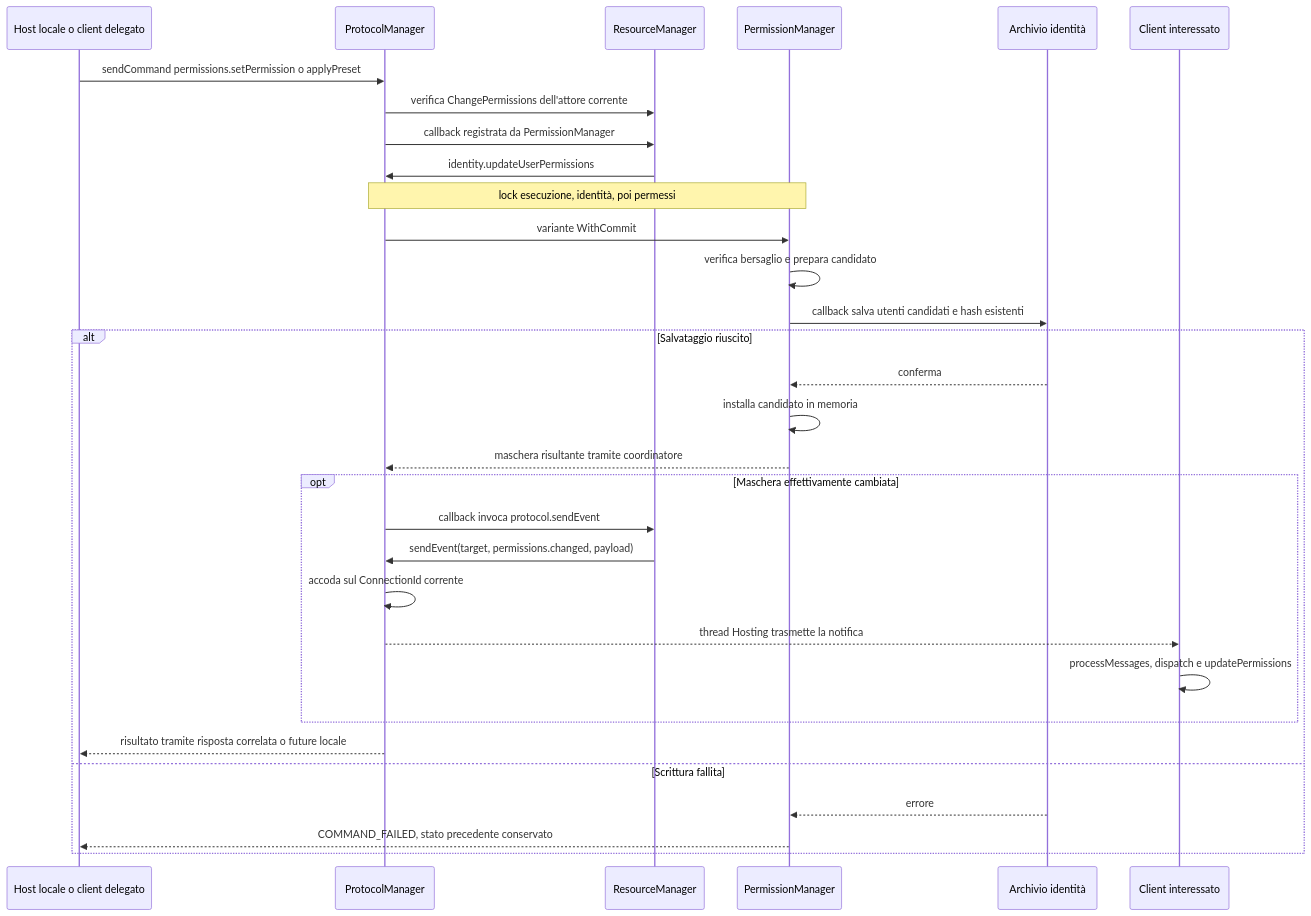
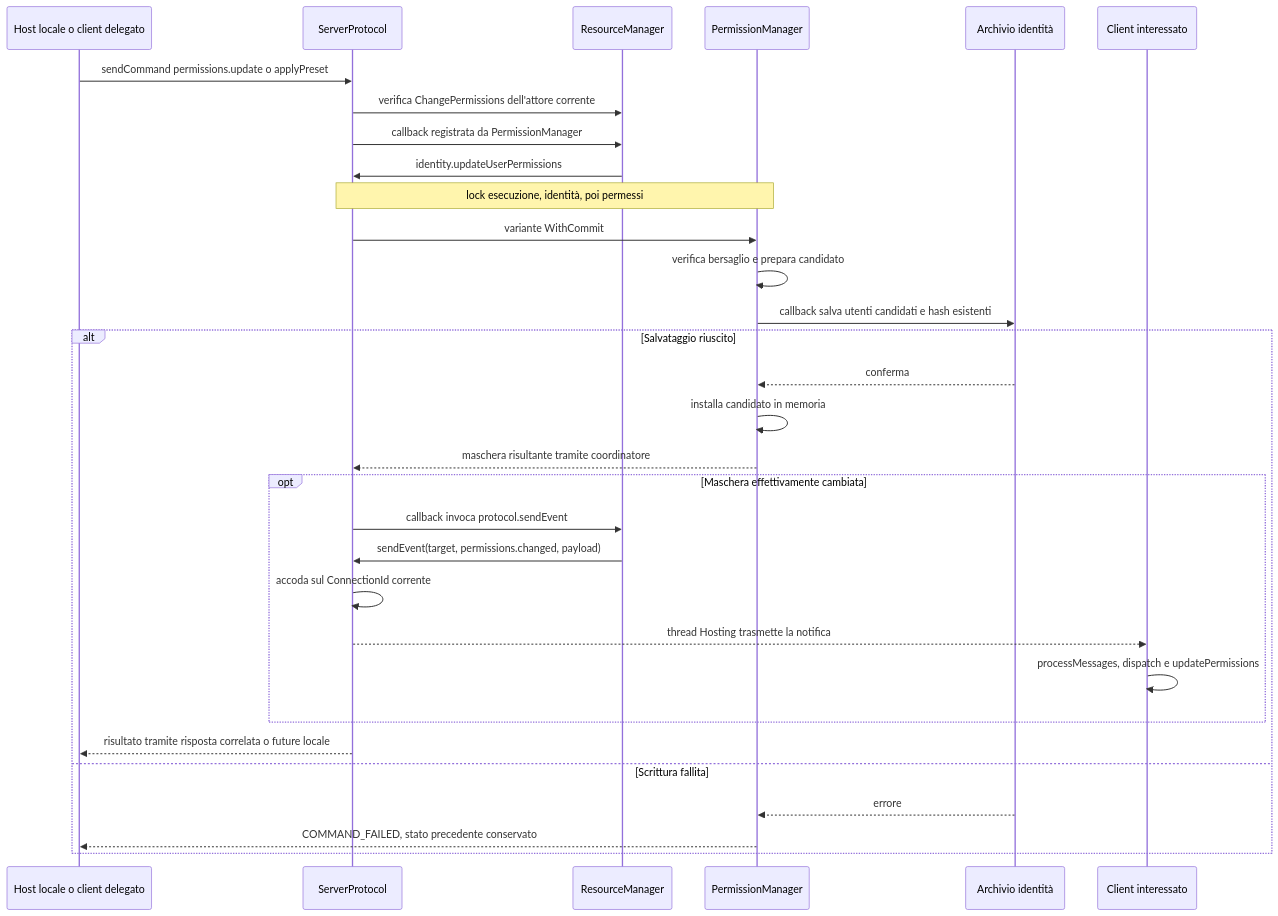
One commit to ForzaElettromotrice/GolarionHelper changed the seventh of 9 diagrams in .context/session-flows.md. Above: the diagram before and after it, drawn with Mermaid. The commit also changed other lines of this file and 13 other files, not shown here.

Commit message:
Document multiplayer protocol ownership, permission updates and campaign sheet folders

````diff
--- a/.context/session-flows.md
+++ b/.context/session-flows.md
@@ -186,33 +186,33 @@
 ```mermaid
 sequenceDiagram
     participant App as Host locale o client delegato
-    participant PM as ProtocolManager
+    participant PM as ServerProtocol
     participant RM as ResourceManager
     participant P as PermissionManager
     participant F as Archivio identità
     participant Target as Client interessato
-    App->>PM: sendCommand permissions.setPermission o applyPreset
+    App->>PM: sendCommand permissions.update o applyPreset
     PM->>RM: verifica ChangePermissions dell'attore corrente
     PM->>RM: callback registrata da PermissionManager
     RM->>PM: identity.updateUserPermissions
     Note over PM,P: lock esecuzione, identità, poi permessi
     PM->>P: variante WithCommit
     P->>P: verifica bersaglio e prepara candidato
     P->>F: callback salva utenti candidati e hash esistenti
     alt Salvataggio riuscito
         F-->>P: conferma
         P->>P: installa candidato in memoria
         P-->>PM: maschera risultante tramite coordinatore
         opt Maschera effettivamente cambiata
             PM->>RM: callback invoca protocol.sendEvent
             RM->>PM: sendEvent(target, permissions.changed, payload)
             PM->>PM: accoda sul ConnectionId corrente
             PM-->>Target: thread Hosting trasmette la notifica
             Target->>Target: processMessages, dispatch e updatePermissions
         end
         PM-->>App: risultato tramite risposta correlata o future locale
     else Scrittura fallita
         F-->>P: errore
         P-->>App: COMMAND_FAILED, stato precedente conservato
     end
 ```
````
